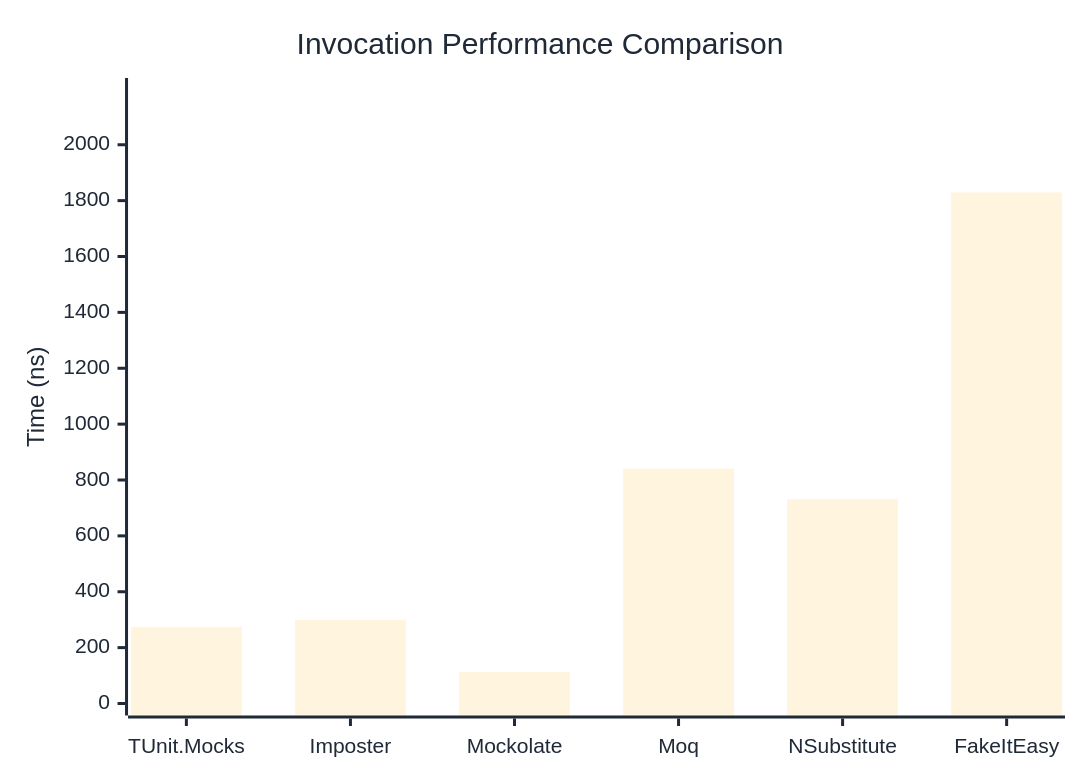
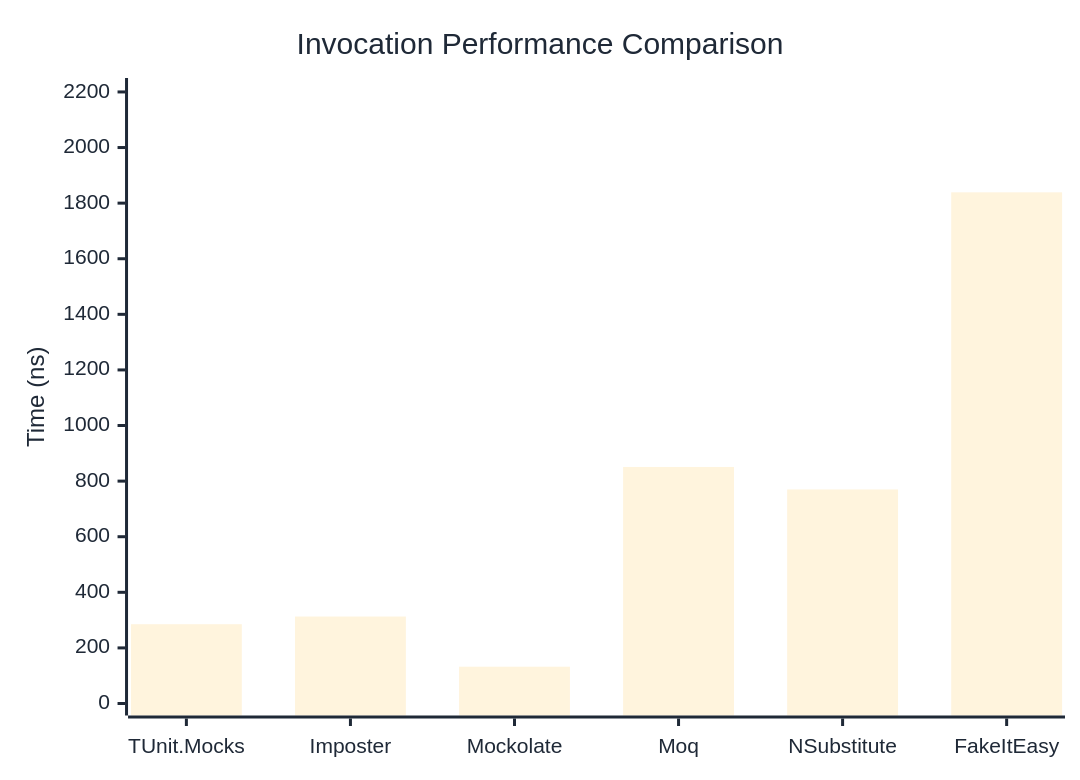
Before and after one commit to thomhurst/TUnit: the first of 3 diagrams in docs/docs/benchmarks/mocks/Invocation.md, drawn with Mermaid. The commit also changed other lines of this file and 14 other files, not shown here.

````diff
--- a/docs/docs/benchmarks/mocks/Invocation.md
+++ b/docs/docs/benchmarks/mocks/Invocation.md
@@ -30,27 +30,27 @@
 ```mermaid
 %%{init: {
   'theme':'base',
   'themeVariables': {
     'primaryColor': '#2563eb',
     'primaryTextColor': '#1f2937',
     'primaryBorderColor': '#1e40af',
     'lineColor': '#6b7280',
     'secondaryColor': '#7c3aed',
     'tertiaryColor': '#dc2626',
     'background': '#ffffff',
     'pie1': '#2563eb',
     'pie2': '#7c3aed',
     'pie3': '#dc2626',
     'pie4': '#f59e0b',
     'pie5': '#10b981',
     'pie6': '#06b6d4',
     'pie7': '#ec4899',
     'pie8': '#6366f1'
   }
 }}%%
 xychart-beta
   title "Invocation Performance Comparison"
   x-axis ["TUnit.Mocks", "Imposter", "Mockolate", "Moq", "NSubstitute", "FakeItEasy"]
-  y-axis "Time (ns)" 0 --> 2196
-  bar [274.3, 299.71, 113.03, 840.74, 731.26, 1829.35]
+  y-axis "Time (ns)" 0 --> 2207
+  bar [285.2, 312.9, 132.4, 850.9, 770, 1838.9]
 ```
````
